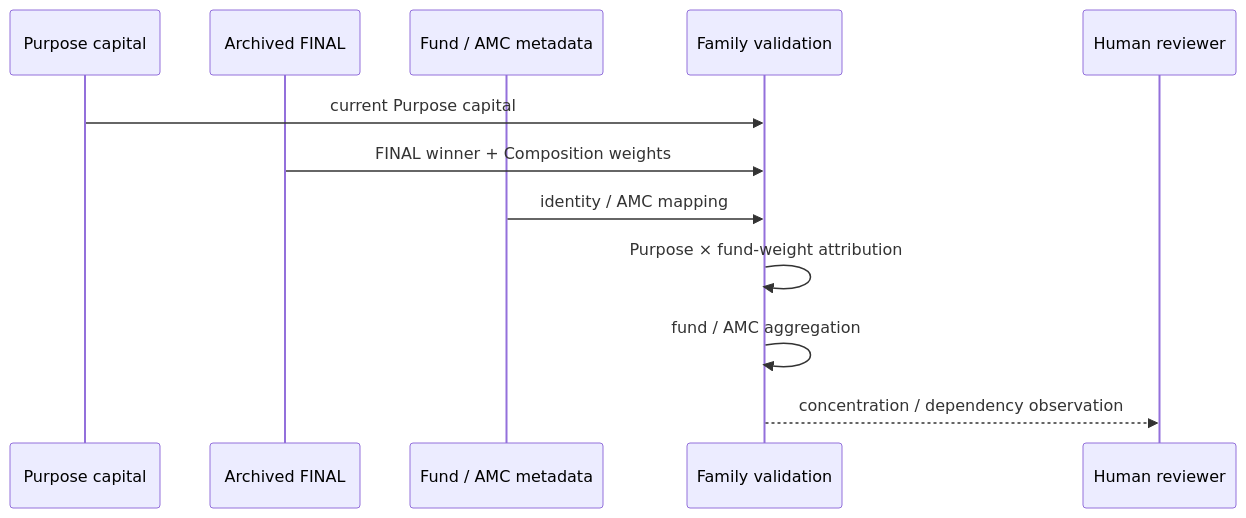
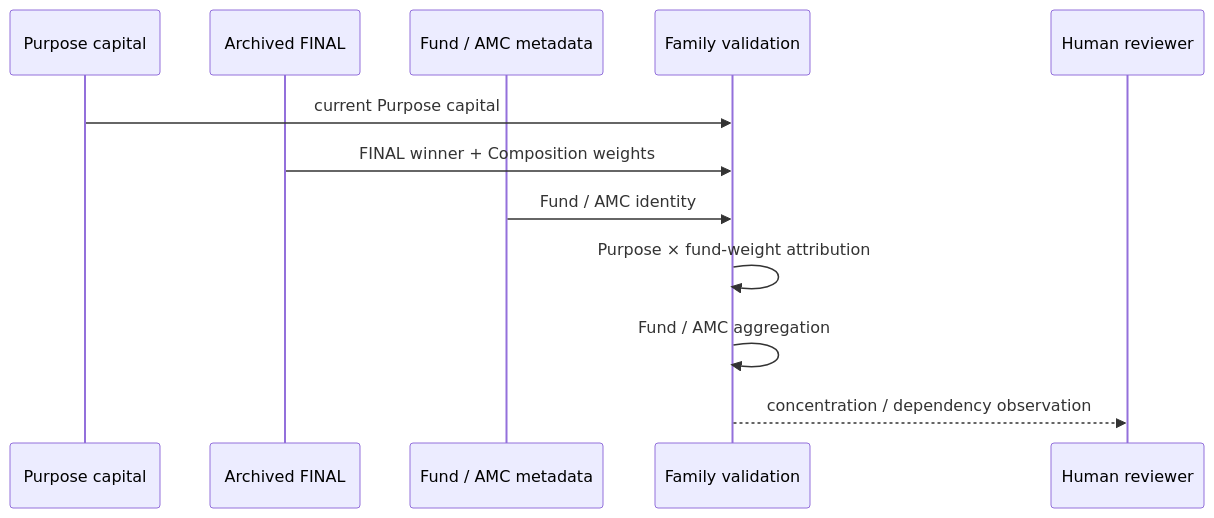
One commit to rrajeshkannan/lakshya changed the ninth of 13 diagrams in docs/Lakshya_Pipeline_Sequence.md. Above: the diagram before and after it, drawn with Mermaid. The commit also changed other lines of this file, not shown here.

Commit message:
Align pipeline sequence with LPS LFS LTS

````diff
--- a/docs/Lakshya_Pipeline_Sequence.md
+++ b/docs/Lakshya_Pipeline_Sequence.md
@@ -312,15 +401,15 @@
 ```mermaid
 sequenceDiagram
     participant Purpose as Purpose capital
     participant Archive as Archived FINAL
     participant Metadata as Fund / AMC metadata
     participant Validation as Family validation
     participant Reviewer as Human reviewer
 
     Purpose->>Validation: current Purpose capital
     Archive->>Validation: FINAL winner + Composition weights
-    Metadata->>Validation: identity / AMC mapping
+    Metadata->>Validation: Fund / AMC identity
     Validation->>Validation: Purpose × fund-weight attribution
-    Validation->>Validation: fund / AMC aggregation
+    Validation->>Validation: Fund / AMC aggregation
     Validation-->>Reviewer: concentration / dependency observation
 ```
````
